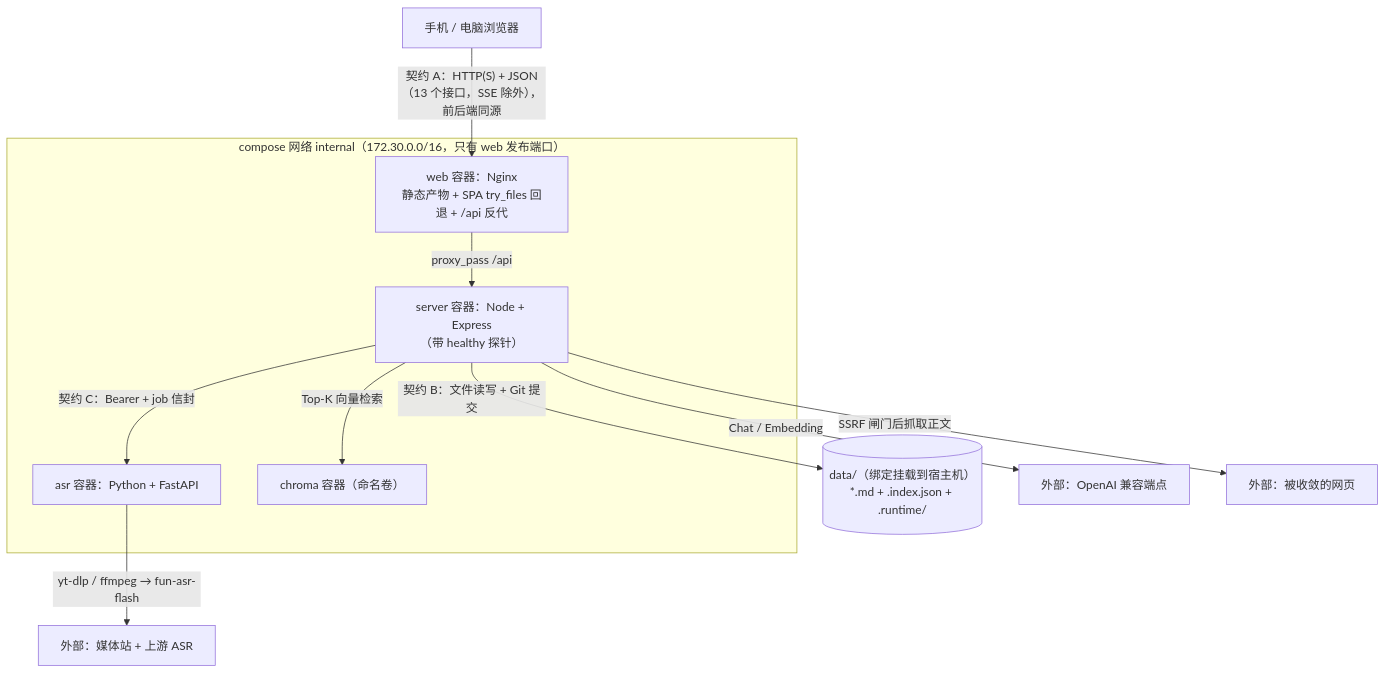
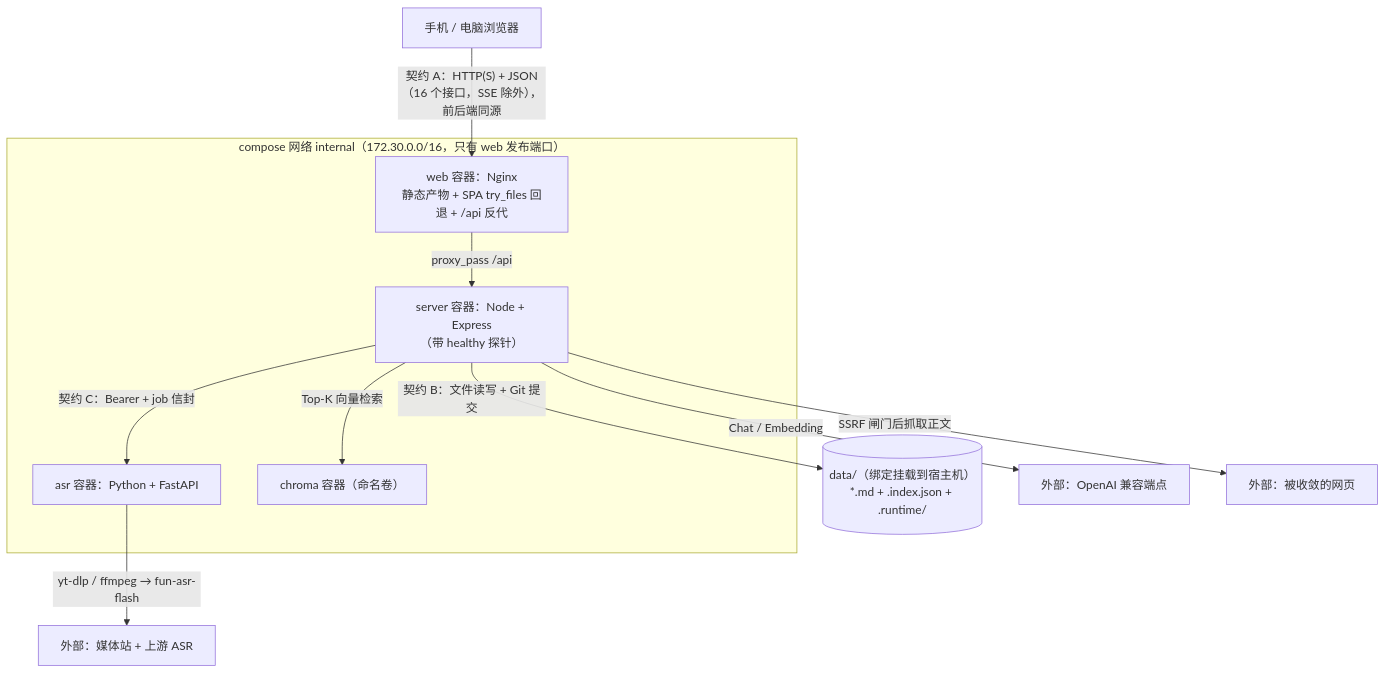
The seventh of 8 diagrams in TECH_DESIGN.md (XingHo-VibeCoding/vbcd), drawn with Mermaid before and after one commit. The commit also changed other lines of this file and 5 other files, not shown here.

````diff
--- a/TECH_DESIGN.md
+++ b/TECH_DESIGN.md
@@ -176,18 +177,18 @@
 ```mermaid
 flowchart TB
-    U["手机 / 电脑浏览器"] -->|"契约 A：HTTP(S) + JSON（13 个接口，SSE 除外），前后端同源"| W["web 容器：Nginx<br/>静态产物 + SPA try_files 回退 + /api 反代"]
+    U["手机 / 电脑浏览器"] -->|"契约 A：HTTP(S) + JSON（16 个接口，SSE 除外），前后端同源"| W["web 容器：Nginx<br/>静态产物 + SPA try_files 回退 + /api 反代"]
     W -->|"proxy_pass /api"| S["server 容器：Node + Express<br/>（带 healthy 探针）"]
     S -->|"契约 B：文件读写 + Git 提交"| D[("data/（绑定挂载到宿主机）<br/>*.md + .index.json + .runtime/")]
     S -->|"契约 C：Bearer + job 信封"| A["asr 容器：Python + FastAPI"]
     S -->|"Top-K 向量检索"| C["chroma 容器（命名卷）"]
     A -->|"yt-dlp / ffmpeg → fun-asr-flash"| X["外部：媒体站 + 上游 ASR"]
     S -->|"Chat / Embedding"| L["外部：OpenAI 兼容端点"]
     S -->|"SSRF 闸门后抓取正文"| N["外部：被收敛的网页"]
 
     subgraph NET["compose 网络 internal（172.30.0.0/16，只有 web 发布端口）"]
         W
         S
         A
         C
     end
 ```
````
